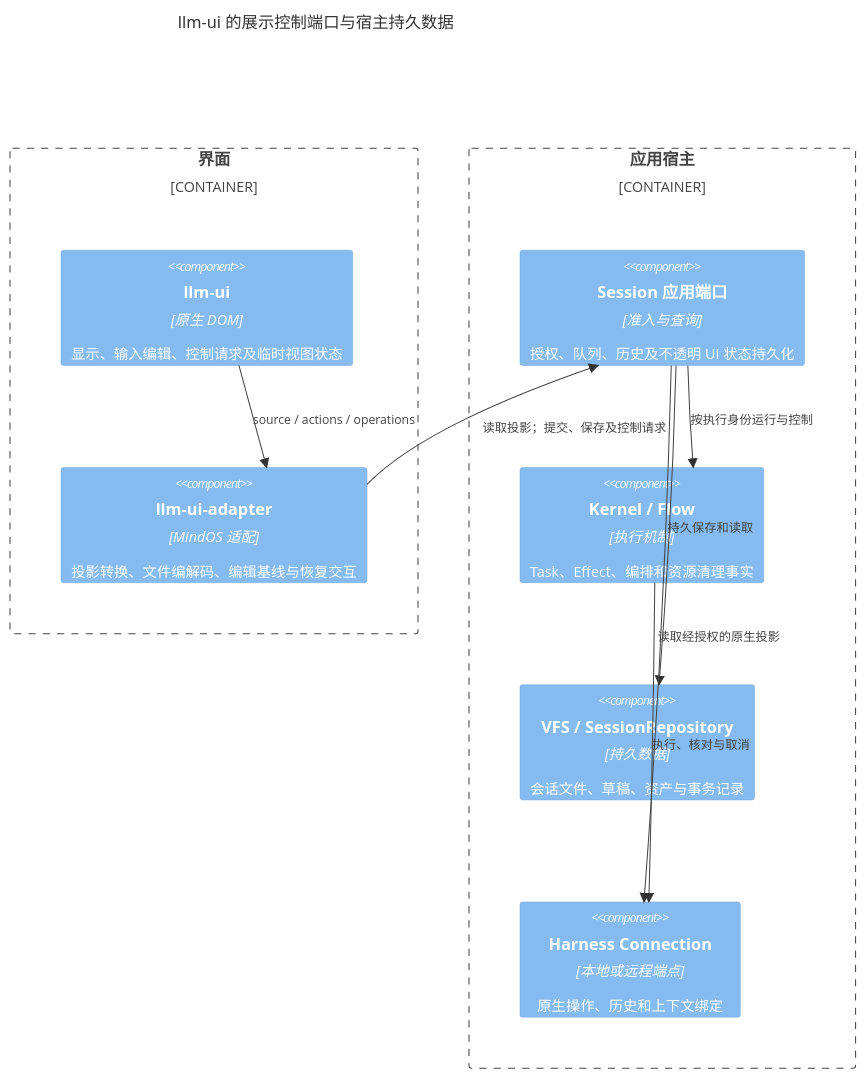
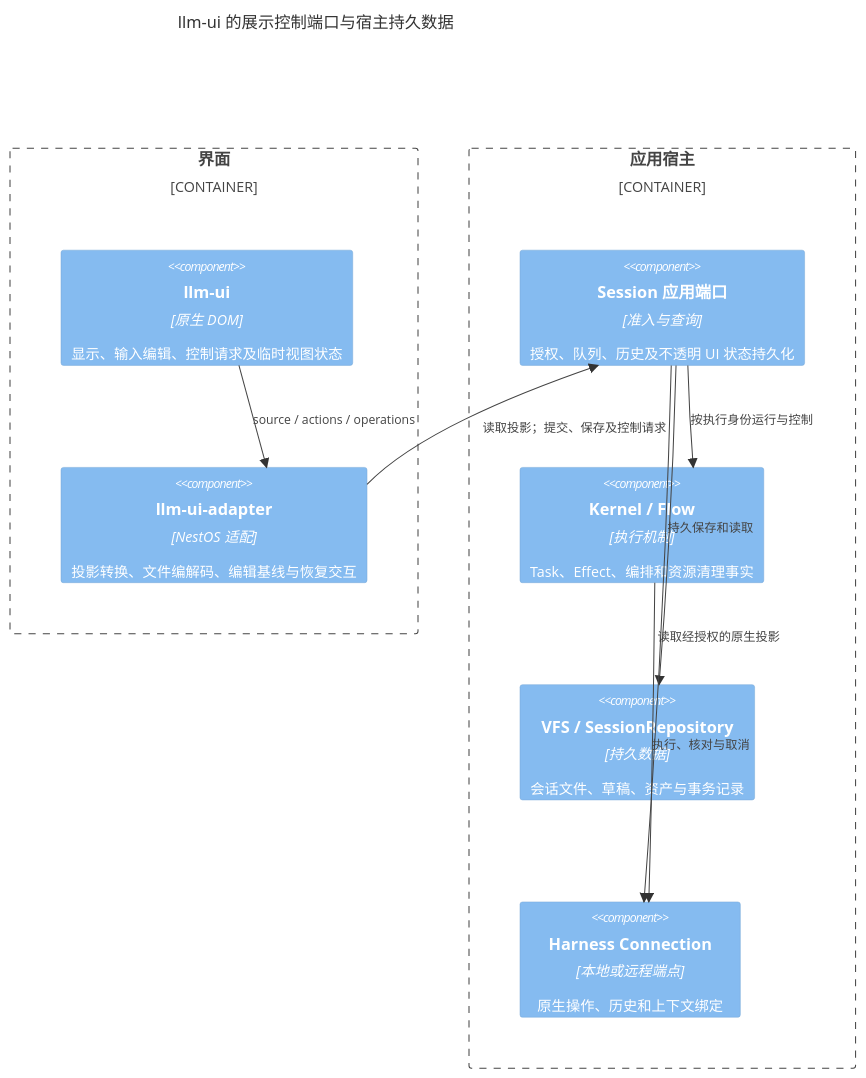
The ninth of 9 diagrams in doc/design/llm-ui-independent-module.md (mushuanli/NestOS), drawn with Mermaid before and after one commit. The commit also changed other lines of this file and 428 other files, not shown here.

````diff
--- a/doc/design/llm-ui-independent-module.md
+++ b/doc/design/llm-ui-independent-module.md
@@ -430,20 +430,20 @@
 ```mermaid
 C4Component
     title llm-ui 的展示控制端口与宿主持久数据
     Container_Boundary(browser, "界面") {
         Component(view, "llm-ui", "原生 DOM", "显示、输入编辑、控制请求及临时视图状态")
-        Component(adapter, "llm-ui-adapter", "MindOS 适配", "投影转换、文件编解码、编辑基线与恢复交互")
+        Component(adapter, "llm-ui-adapter", "NestOS 适配", "投影转换、文件编解码、编辑基线与恢复交互")
     }
     Container_Boundary(host, "应用宿主") {
         Component(session, "Session 应用端口", "准入与查询", "授权、队列、历史及不透明 UI 状态持久化")
         Component(kernel, "Kernel / Flow", "执行机制", "Task、Effect、编排和资源清理事实")
         Component(data, "VFS / SessionRepository", "持久数据", "会话文件、草稿、资产与事务记录")
         Component(native, "Harness Connection", "本地或远程端点", "原生操作、历史和上下文绑定")
     }
     Rel(view, adapter, "source / actions / operations")
     Rel(adapter, session, "读取投影；提交、保存及控制请求")
     Rel(session, data, "持久保存和读取")
     Rel(session, kernel, "按执行身份运行与控制")
     Rel(kernel, native, "执行、核对与取消")
     Rel(session, native, "读取经授权的原生投影")
 ```
````
